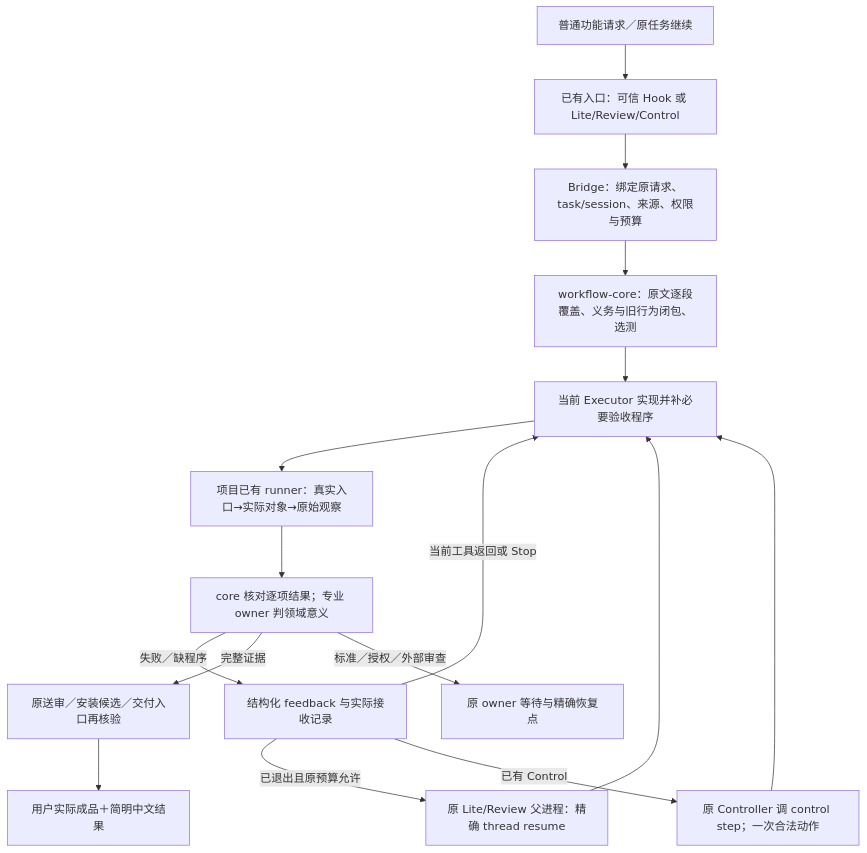
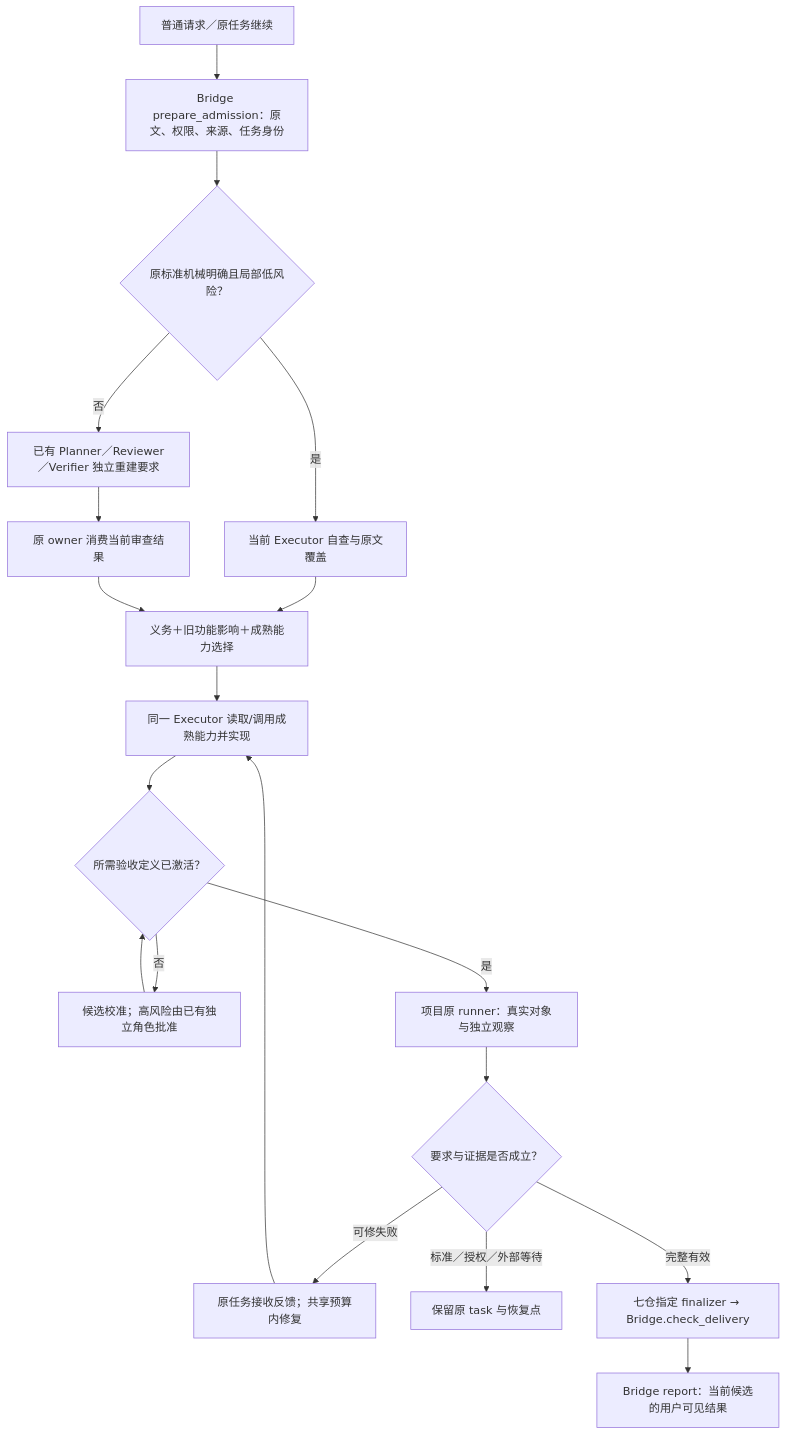
One commit to YuukiAS/AI_Research_Toolkit changed the diagram in docs/research/software-production/22_DELIVERY_ASSURANCE_GLOBAL_WORK_RESEARCH_20261022/WORK_OUTPUT/02_ARCHITECTURE_AND_COMPONENTS.md. Above: the diagram before and after it, drawn with Mermaid. The commit also changed other lines of this file, not shown here.

Commit message:
docs(da): integrate R1 repairs into the single overall architecture

````diff
--- a/docs/research/software-production/22_DELIVERY_ASSURANCE_GLOBAL_WORK_RESEARCH_20261022/WORK_OUTPUT/02_ARCHITECTURE_AND_COMPONENTS.md
+++ b/docs/research/software-production/22_DELIVERY_ASSURANCE_GLOBAL_WORK_RESEARCH_20261022/WORK_OUTPUT/02_ARCHITECTURE_AND_COMPONENTS.md
@@ -14,18 +11,21 @@
 ```mermaid
 flowchart TD
- U["普通功能请求／原任务继续"] --> E["已有入口：可信 Hook 或 Lite/Review/Control"]
- E --> I["Bridge：绑定原请求、task/session、来源、权限与预算"]
- I --> O["workflow-core：原文逐段覆盖、义务与旧行为闭包、选测"]
- O --> X["当前 Executor 实现并补必要验收程序"]
- X --> V["项目已有 runner：真实入口→实际对象→原始观察"]
- V --> J["core 核对逐项结果；专业 owner 判领域意义"]
- J -->|失败／缺程序| F["结构化 feedback 与实际接收记录"]
- F -->|当前工具返回或 Stop| X
- F -->|已退出且原预算允许| L["原 Lite/Review 父进程：精确 thread resume"]
- L --> X
- F -->|已有 Control| C["原 Controller 调 control step；一次合法动作"]
- C --> X
- J -->|完整证据| D["原送审／安装候选／交付入口再核验"]
- D --> P["用户实际成品＋简明中文结果"]
- J -->|标准／授权／外部审查| W["原 owner 等待与精确恢复点"]
+ U["普通请求／原任务继续"] --> A["Bridge prepare_admission：原文、权限、来源、任务身份"]
+ A --> R{"原标准机械明确且局部低风险？"}
+ R -->|是| S["当前 Executor 自查与原文覆盖"]
+ R -->|否| I["已有 Planner／Reviewer／Verifier 独立重建要求"]
+ I --> A2["原 owner 消费当前审查结果"]
+ S --> O["义务＋旧功能影响＋成熟能力选择"]
+ A2 --> O
+ O --> E["同一 Executor 读取/调用成熟能力并实现"]
+ E --> V{"所需验收定义已激活？"}
+ V -->|否| C["候选校准；高风险由已有独立角色批准"]
+ C --> V
+ V -->|是| P["项目原 runner：真实对象与独立观察"]
+ P --> F{"要求与证据是否成立？"}
+ F -->|可修失败| B["原任务接收反馈；共享预算内修复"]
+ B --> E
+ F -->|标准／授权／外部等待| W["保留原 task 与恢复点"]
+ F -->|完整有效| D["七仓指定 finalizer → Bridge.check_delivery"]
+ D --> H["Bridge report：当前候选的用户可见结果"]
 ```
````
